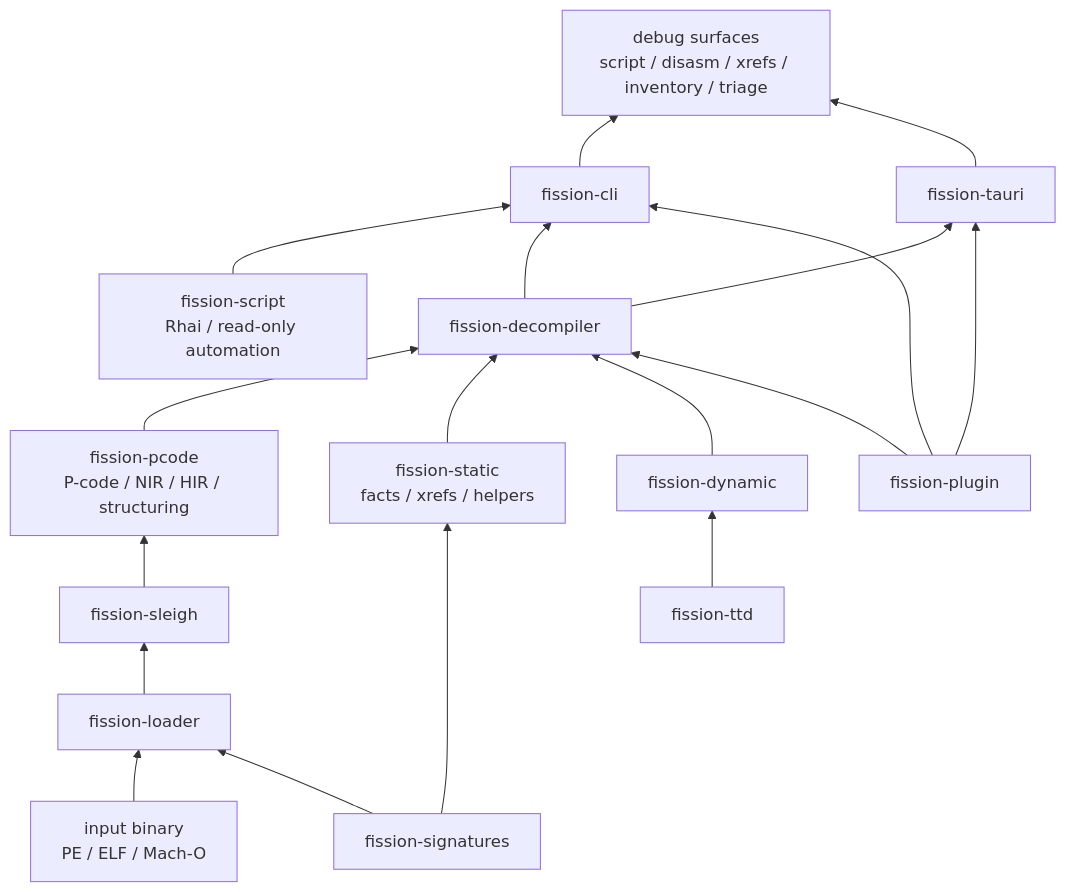
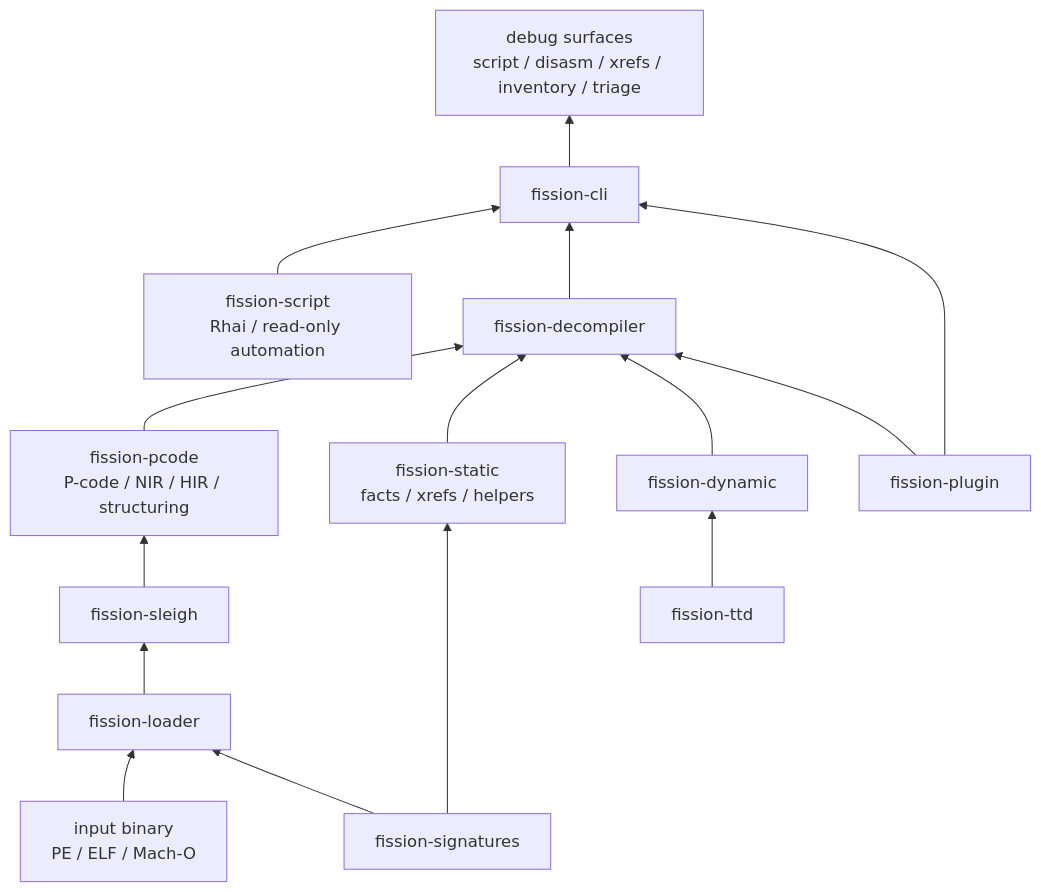
One commit to fission-systems/Fission changed the second of 5 diagrams in docs/architecture/DIAGRAMS.md. Above: the diagram before and after it, drawn with Mermaid. The commit also changed 10 other files, not shown here.

````diff
--- a/docs/architecture/DIAGRAMS.md
+++ b/docs/architecture/DIAGRAMS.md
@@ -36,20 +36,17 @@
 ```mermaid
 flowchart BT
     Binary["input binary<br/>PE / ELF / Mach-O"] --> Loader["fission-loader"]
     Loader --> Sleigh["fission-sleigh"]
     Sleigh --> Pcode["fission-pcode<br/>P-code / NIR / HIR / structuring"]
     Pcode --> Decompiler["fission-decompiler"]
     Static["fission-static<br/>facts / xrefs / helpers"] --> Decompiler
     Signatures["fission-signatures"] --> Loader
     Signatures --> Static
     Script["fission-script<br/>Rhai / read-only automation"] --> CLI
     Dynamic["fission-dynamic"] --> Decompiler
     TTD["fission-ttd"] --> Dynamic
     Plugin["fission-plugin"] --> Decompiler
     Decompiler --> CLI["fission-cli"]
-    Decompiler --> GUI["fission-tauri"]
     CLI --> Debug["debug surfaces<br/>script / disasm / xrefs / inventory / triage"]
-    GUI --> Debug
     Plugin --> CLI
-    Plugin --> GUI
 ```
````
